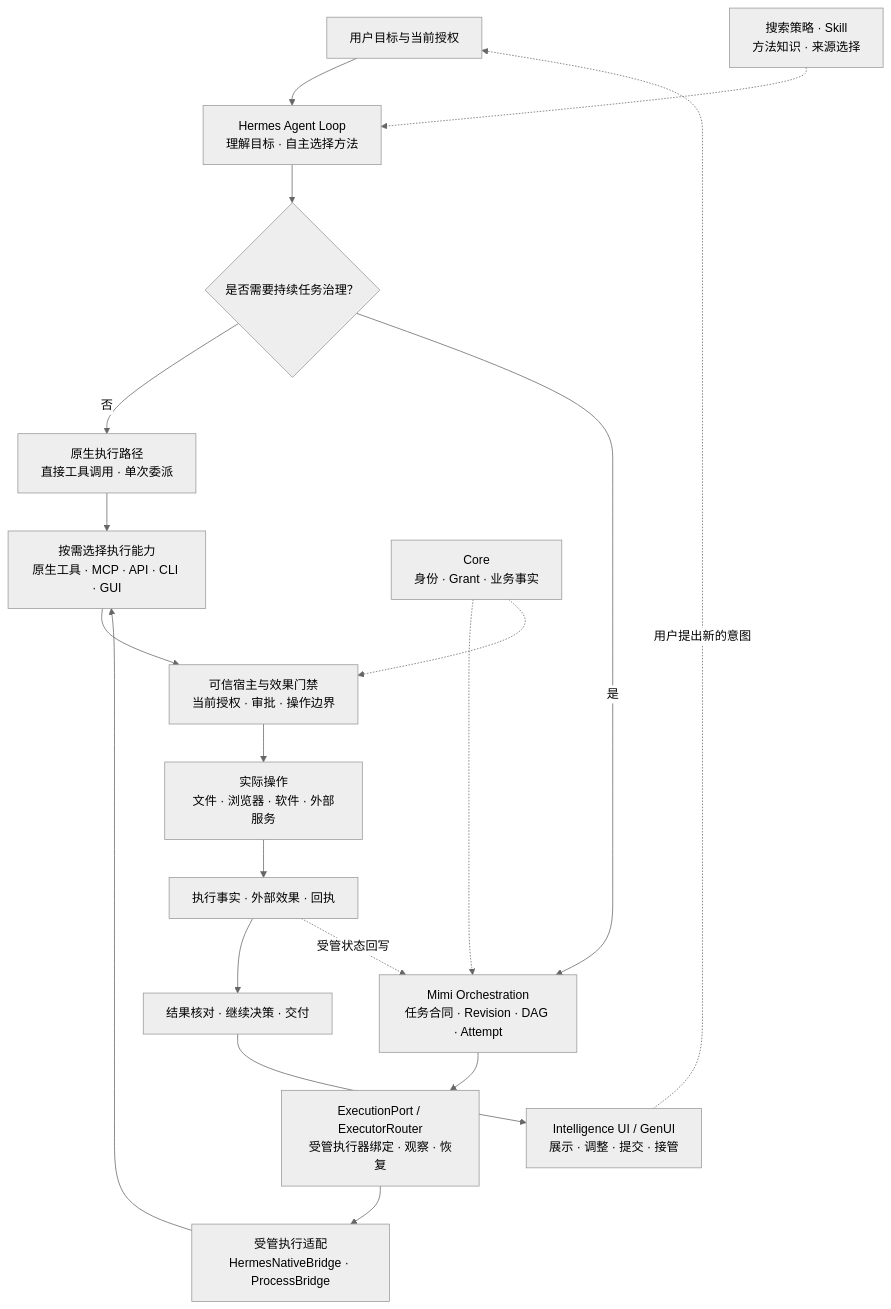
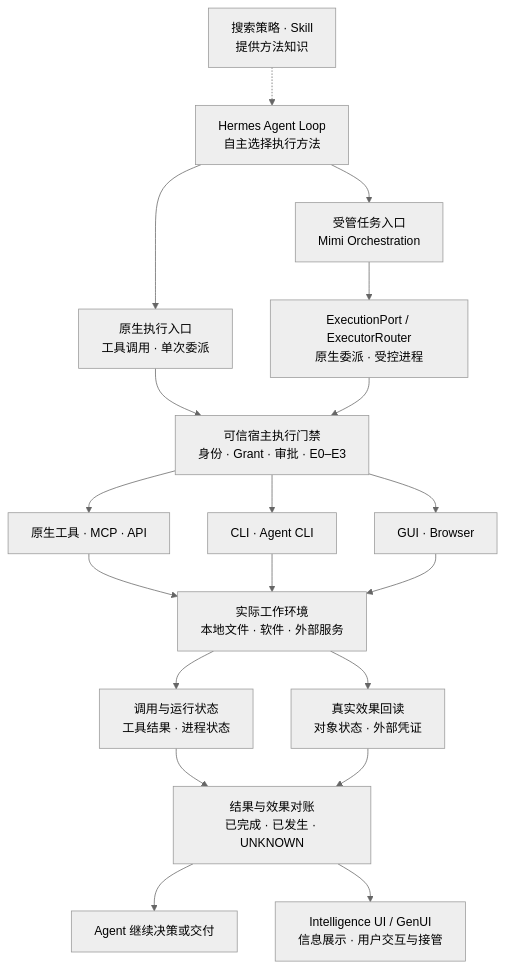
The diagram in parts/04-execution-and-effects.md (mor765504-gif/MGRS), drawn with Mermaid (neutral theme) before and after one commit.

Commit message:
docs: clarify Part 4 execution diagram and separate call from effect evidence

````diff
--- a/parts/04-execution-and-effects.md
+++ b/parts/04-execution-and-effects.md
@@ -36,30 +36,29 @@
 ```mermaid
 flowchart TB
-    U["用户目标与当前授权"]
-    H["Hermes Agent Loop<br/>理解目标 · 自主选择方法"]
-    D{"是否需要持续任务治理？"}
+    H["Hermes Agent Loop<br/>自主选择执行方法"]
+    K["搜索策略 · Skill<br/>提供方法知识"] -.-> H
 
-    U --> H --> D
-    M["搜索策略 · Skill<br/>方法知识 · 来源选择"] -.-> H
+    H --> N["原生执行入口<br/>工具调用 · 单次委派"]
+    H --> O["受管任务入口<br/>Mimi Orchestration"]
+    O --> R["ExecutionPort / ExecutorRouter<br/>原生委派 · 受控进程"]
 
-    D -->|"否"| N["原生执行路径<br/>直接工具调用 · 单次委派"]
-    D -->|"是"| O["Mimi Orchestration<br/>任务合同 · Revision · DAG · Attempt"]
+    N --> G["可信宿主执行门禁<br/>身份 · Grant · 审批 · E0–E3"]
+    R --> G
 
-    O --> R["ExecutionPort / ExecutorRouter<br/>受管执行器绑定 · 观察 · 恢复"]
-    R --> A["受管执行适配<br/>HermesNativeBridge · ProcessBridge"]
+    G --> T["原生工具 · MCP · API"]
+    G --> C["CLI · Agent CLI"]
+    G --> B["GUI · Browser"]
 
-    N --> X["按需选择执行能力<br/>原生工具 · MCP · API · CLI · GUI"]
-    A --> X
+    T --> W["实际工作环境<br/>本地文件 · 软件 · 外部服务"]
+    C --> W
+    B --> W
 
-    X --> G["可信宿主与效果门禁<br/>当前授权 · 审批 · 操作边界"]
-    G --> W["实际操作<br/>文件 · 浏览器 · 软件 · 外部服务"]
-    W --> E["执行事实 · 外部效果 · 回执"]
-    E --> F["结果核对 · 继续决策 · 交付"]
-    E -.->|"受管状态回写"| O
+    W --> S["调用与运行状态<br/>工具结果 · 进程状态"]
+    W --> E["真实效果回读<br/>对象状态 · 外部凭证"]
 
-    C["Core<br/>身份 · Grant · 业务事实"] -.-> O
-    C -.-> G
+    S --> Q["结果与效果对账<br/>已完成 · 已发生 · UNKNOWN"]
+    E --> Q
 
-    F --> UI["Intelligence UI / GenUI<br/>展示 · 调整 · 提交 · 接管"]
-    UI -.->|"用户提出新的意图"| U
+    Q --> A["Agent 继续决策或交付"]
+    Q --> UI["Intelligence UI / GenUI<br/>信息展示 · 用户交互与接管"]
 ```
````
